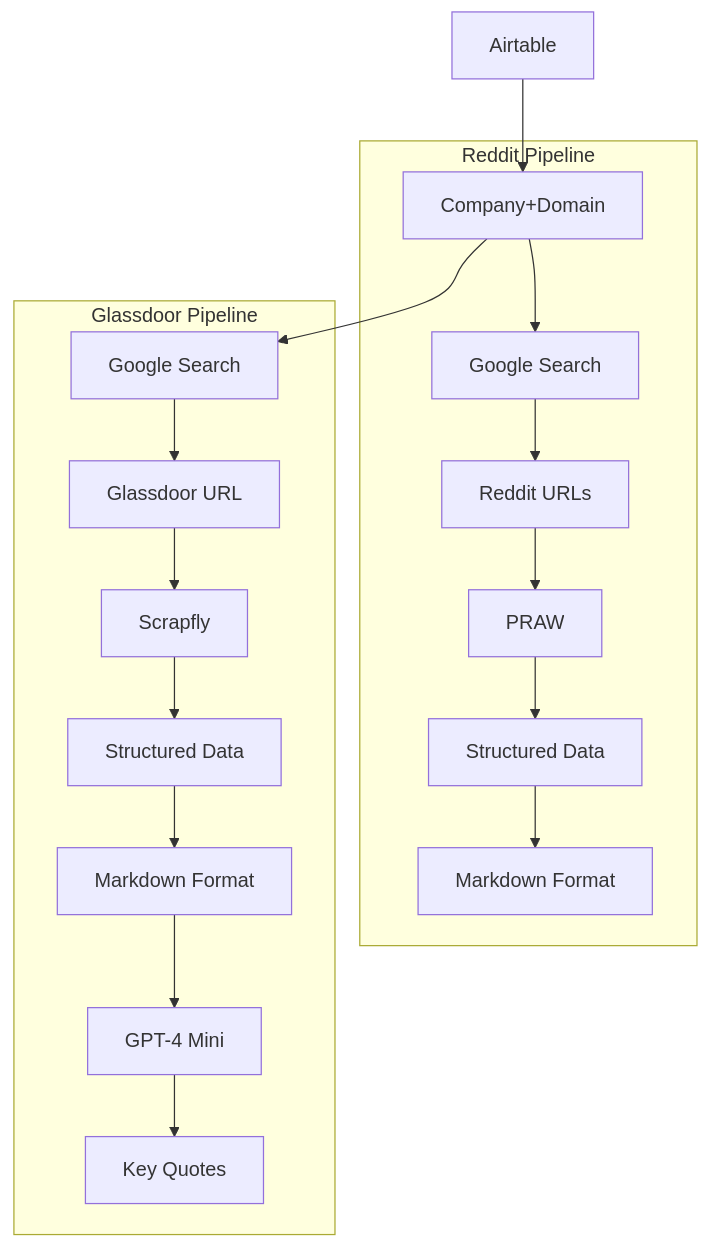
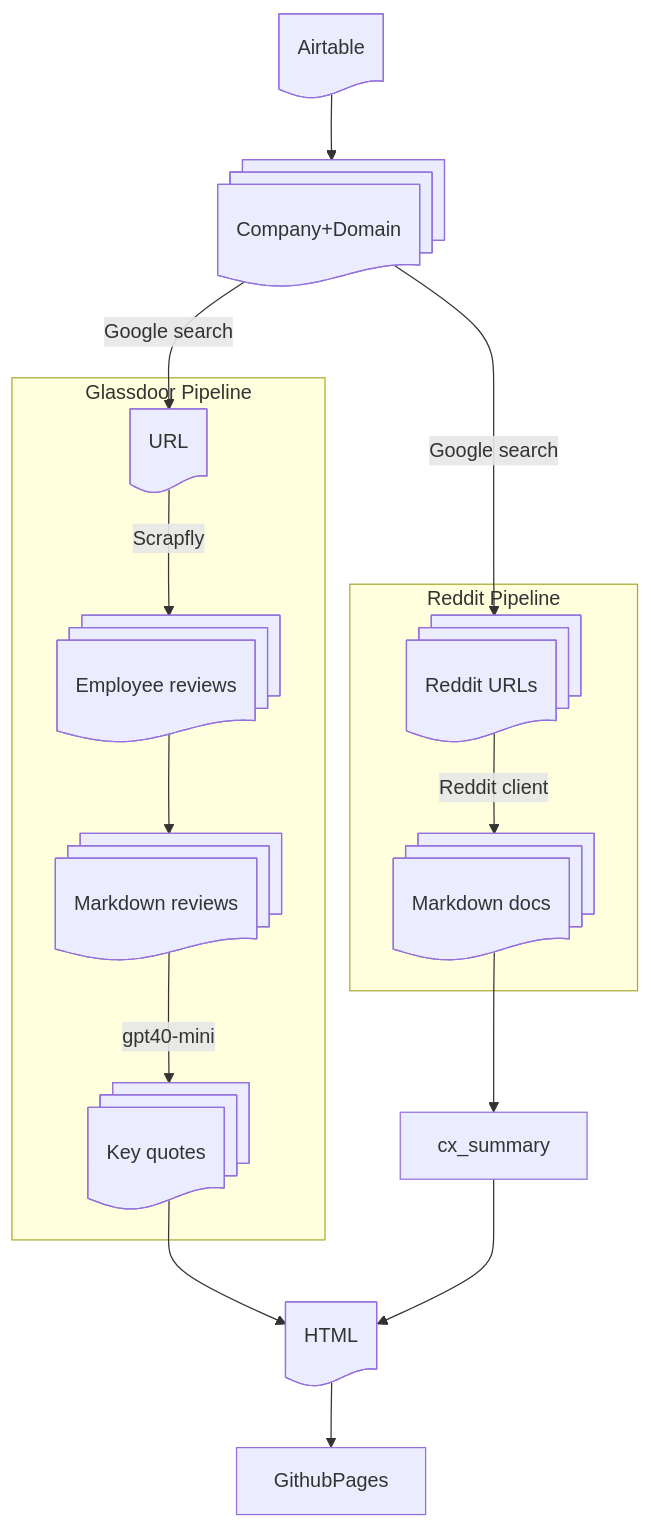
One commit to ktrnka/company-detective changed the diagram in README.md. Above: the diagram before and after it, drawn with Mermaid. The commit also changed other lines of this file, not shown here.

Commit message:
Starting the conversion of the diagram to mermaid

````diff
--- a/README.md
+++ b/README.md
@@ -68,23 +8,40 @@
 ```mermaid
 graph TD;
-   config_source[Airtable] --> source[Company+Domain]
+   config_source@{shape: doc, label: "Airtable"}
+   source@{shape: docs, label: "Company+Domain"}
+   
+   config_source --> source
 
    subgraph reddit_pipeline["Reddit Pipeline"]
-      source --> google_search[Google Search]
-      google_search --> reddit_urls[Reddit URLs]
-      reddit_urls --> praw[PRAW]
-      praw --> structured_data[Structured Data]
-      structured_data --> markdown_format[Markdown Format]
+      reddit_urls@{shape: docs, label: "Reddit URLs"}
+      reddit_docs@{shape: docs, label: "Markdown docs"}
+
+      reddit_urls -->|Reddit client| reddit_docs
    end
 
+   source -->|Google search| reddit_urls
+
    subgraph glassdoor_pipeline["Glassdoor Pipeline"]
-      source --> glassdoor_google_search[Google Search]
-      glassdoor_google_search --> glassdoor_url[Glassdoor URL]
-      glassdoor_url --> scrapfly[Scrapfly]
-      scrapfly --> glassdoor_structured_data[Structured Data]
-      glassdoor_structured_data --> glassdoor_markdown_format[Markdown Format]
-      glassdoor_markdown_format --> gpt4o_mini[GPT-4 Mini]
-      gpt4o_mini --> key_quotes[Key Quotes]
+      glassdoor_url@{shape: doc, label: "URL"}
+      glassdoor_data@{shape: docs, label: "Employee reviews"}
+
+      glassdoor_url -->|Scrapfly| glassdoor_data
+
+      glassdoor_docs@{shape: docs, label: "Markdown reviews"}
+      glassdoor_quotes@{shape: docs, label: "Key quotes"}
+
+      glassdoor_data --> glassdoor_docs
+      glassdoor_docs -->|gpt40-mini| glassdoor_quotes
    end
 
+   source -->|Google search| glassdoor_url
+
+   summary@{shape: doc, label: "HTML"}
+
+   glassdoor_quotes --> summary
+   reddit_docs --> cx_summary
+   cx_summary --> summary
+   summary --> GithubPages
+
+
 ```
````
